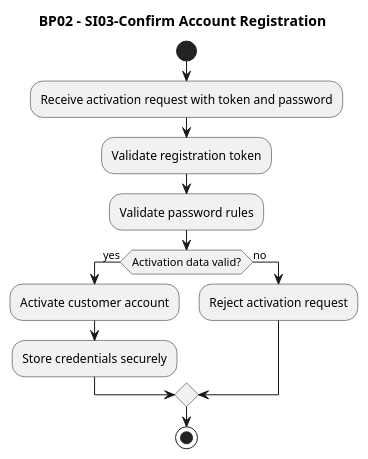
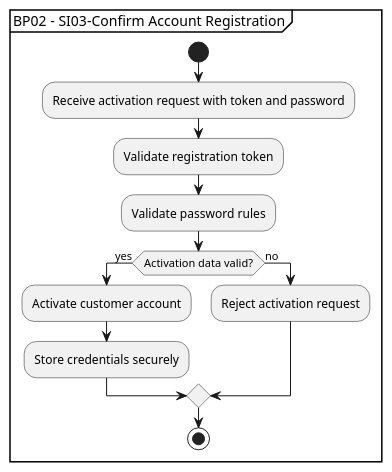
Before and after one commit to aaberg/builders-clinic-fix-me: the diagram in 2.System Interactions/1.SystemInteractionDiagrams/BP02-SI03-Confirm-Account-Registration.puml, drawn with PlantUML. The commit also changed 54 other files, not shown here.

```diff
--- a/2.System Interactions/1.SystemInteractionDiagrams/BP02-SI03-Confirm-Account-Registration.puml
+++ b/2.System Interactions/1.SystemInteractionDiagrams/BP02-SI03-Confirm-Account-Registration.puml
@@ -1,16 +1,17 @@
 @startuml
-title BP02 - SI03-Confirm Account Registration
 
-start
-:Receive activation request with token and password;
-:Validate registration token;
-:Validate password rules;
-if (Activation data valid?) then (yes)
-  :Activate customer account;
-  :Store credentials securely;
-else (no)
-  :Reject activation request;
-endif
-stop
+partition "BP02 - SI03-Confirm Account Registration" {
+  start
+  :Receive activation request with token and password;
+  :Validate registration token;
+  :Validate password rules;
+  if (Activation data valid?) then (yes)
+    :Activate customer account;
+    :Store credentials securely;
+  else (no)
+    :Reject activation request;
+  endif
+  stop
+}
 
 @enduml
```
